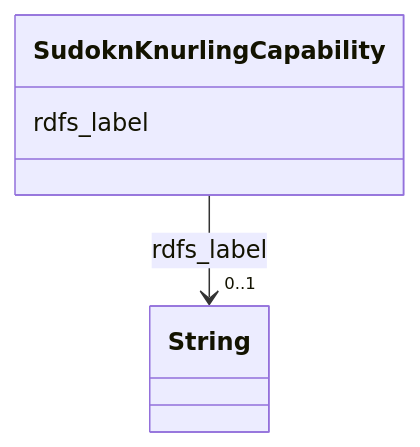
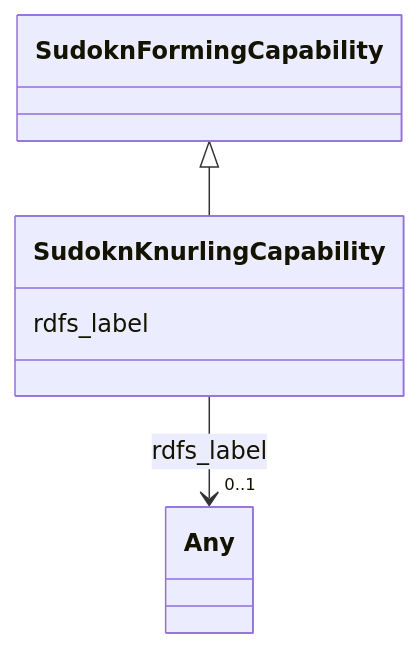
The diagram in sudokn-kg/classes/SudoknKnurlingCapability.md (frink-okn/graph-descriptions), drawn with Mermaid before and after one commit. The commit also changed other lines of this file and 903 other files, not shown here.

````diff
--- a/sudokn-kg/classes/SudoknKnurlingCapability.md
+++ b/sudokn-kg/classes/SudoknKnurlingCapability.md
@@ -23,15 +18,18 @@
 ```mermaid
  classDiagram
     class SudoknKnurlingCapability
     click SudoknKnurlingCapability href "../SudoknKnurlingCapability"
+      SudoknFormingCapability <|-- SudoknKnurlingCapability
+        click SudoknFormingCapability href "../SudoknFormingCapability"
+      
       SudoknKnurlingCapability : rdfs_label
         
           
     
     
-    SudoknKnurlingCapability --> "0..1" String : rdfs_label
-    click String href "../String"
+    SudoknKnurlingCapability --> "0..1" Any : rdfs_label
+    click Any href "../Any"
 
         
       
 ```
````
